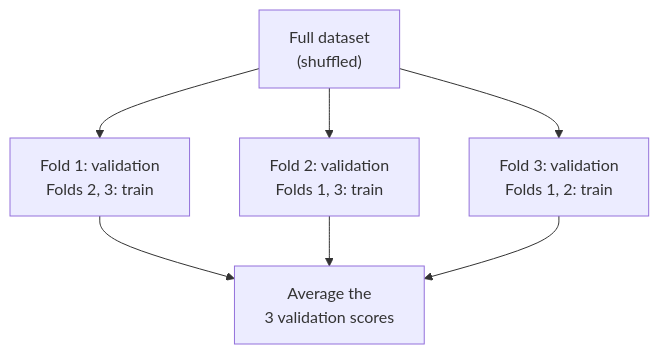
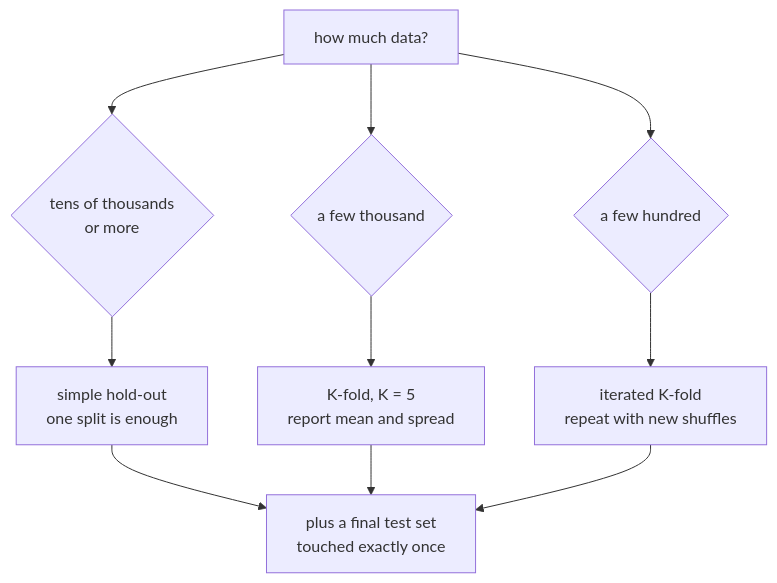
The diagram in src/content/docs/Deep Learning/Phase 02 - Training Deep Neural Networks/Evaluating Models - Generalization and Validation.mdx (Ravikisha/PythonCentralHub), drawn with Mermaid before and after one commit. The commit also changed other lines of this file and 626 other files, not shown here.

````diff
--- a/src/content/docs/Deep Learning/Phase 02 - Training Deep Neural Networks/Evaluating Models - Generalization and Validation.mdx
+++ b/src/content/docs/Deep Learning/Phase 02 - Training Deep Neural Networks/Evaluating Models - Generalization and Validation.mdx
@@ -76,9 +72,12 @@
-```mermaid title="K-fold cross-validation (K=3)" desc="Every fold takes one turn as the validation set; the final score is the average across the three runs."
+```mermaid
 flowchart TD
-  D["Full dataset<br/>(shuffled)"] --> F1["Fold 1: validation<br/>Folds 2, 3: train"]
-  D --> F2["Fold 2: validation<br/>Folds 1, 3: train"]
-  D --> F3["Fold 3: validation<br/>Folds 1, 2: train"]
-  F1 --> S["Average the<br/>3 validation scores"]
-  F2 --> S
-  F3 --> S
+  A["how much data?"] --> B{"tens of thousands<br/>or more"}
+  A --> C{"a few thousand"}
+  A --> D{"a few hundred"}
+  B --> E["simple hold-out<br/>one split is enough"]
+  C --> F["K-fold, K = 5<br/>report mean and spread"]
+  D --> G["iterated K-fold<br/>repeat with new shuffles"]
+  E --> H["plus a final test set<br/>touched exactly once"]
+  F --> H
+  G --> H
 ```
````
